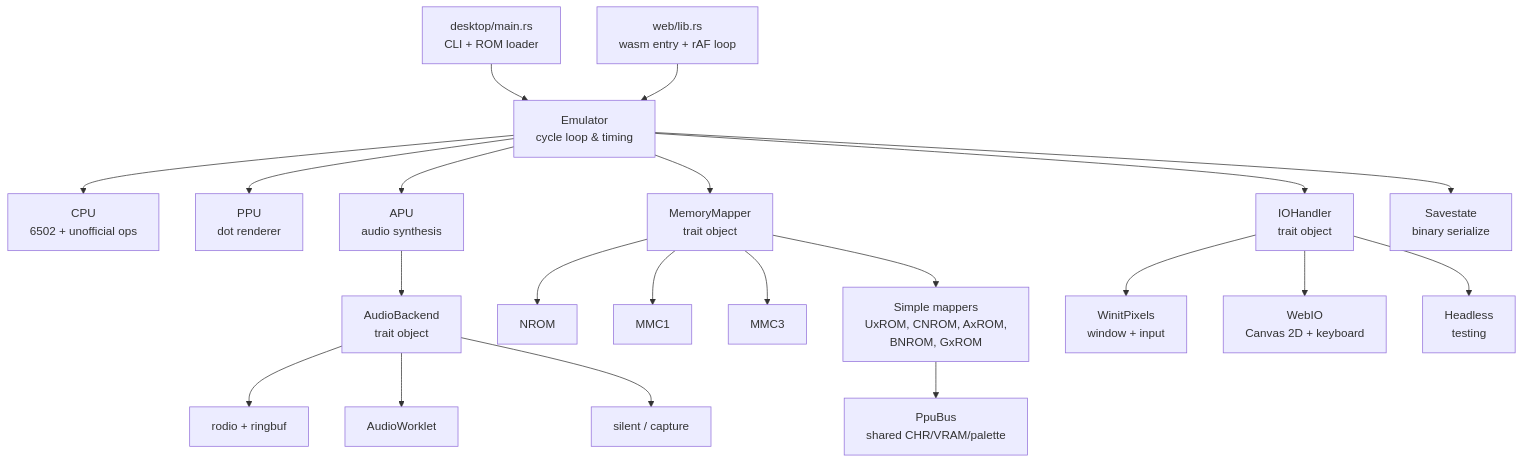
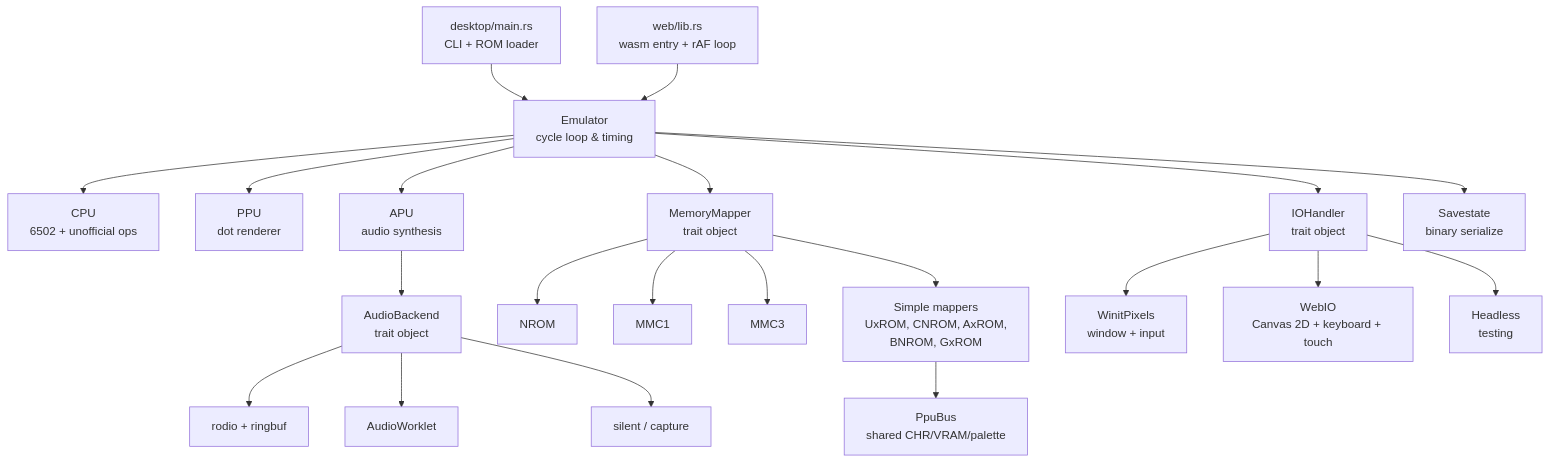
Before and after one commit to aastrand/krankulator: the diagram in README.md, drawn with Mermaid. The commit also changed other lines of this file and 2 other files, not shown here.

Commit message:
Update docs to reflect mobile touch controls and Safari audio fix

````diff
--- a/README.md
+++ b/README.md
@@ -26,28 +26,28 @@
 ```mermaid
 graph TD
     Main["desktop/main.rs<br/>CLI + ROM loader"] --> Emu["Emulator<br/>cycle loop & timing"]
     Web["web/lib.rs<br/>wasm entry + rAF loop"] --> Emu
 
     Emu --> CPU["CPU<br/>6502 + unofficial ops"]
     Emu --> PPU["PPU<br/>dot renderer"]
     Emu --> APU["APU<br/>audio synthesis"]
     Emu --> Mem["MemoryMapper<br/>trait object"]
 
     Mem --> NROM
     Mem --> MMC1
     Mem --> MMC3
     Mem --> Simple["Simple mappers<br/>UxROM, CNROM, AxROM,<br/>BNROM, GxROM"]
     Simple --> PpuBus["PpuBus<br/>shared CHR/VRAM/palette"]
 
     Emu --> IO["IOHandler<br/>trait object"]
     IO --> Winit["WinitPixels<br/>window + input"]
-    IO --> WebIO["WebIO<br/>Canvas 2D + keyboard"]
+    IO --> WebIO["WebIO<br/>Canvas 2D + keyboard + touch"]
     IO --> Headless["Headless<br/>testing"]
 
     APU --> Audio["AudioBackend<br/>trait object"]
     Audio --> Rodio["rodio + ringbuf"]
     Audio --> Worklet["AudioWorklet"]
     Audio --> Silent["silent / capture"]
 
     Emu --> SS["Savestate<br/>binary serialize"]
 ```
````
